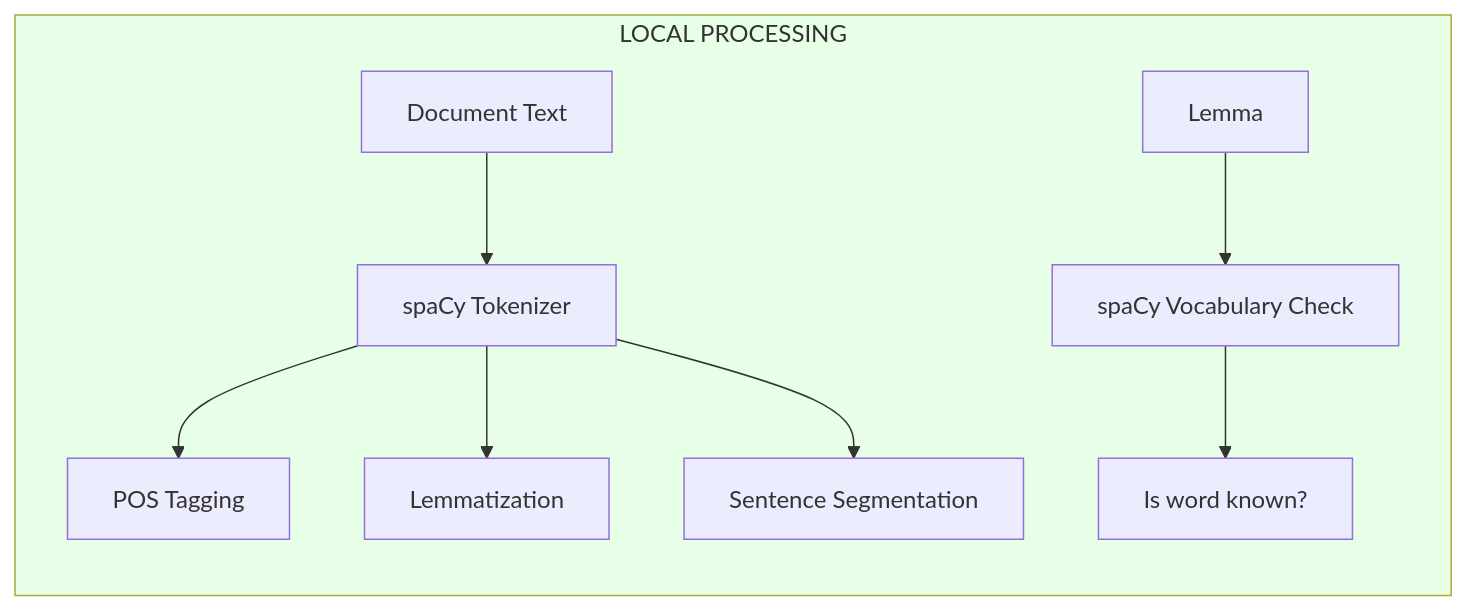
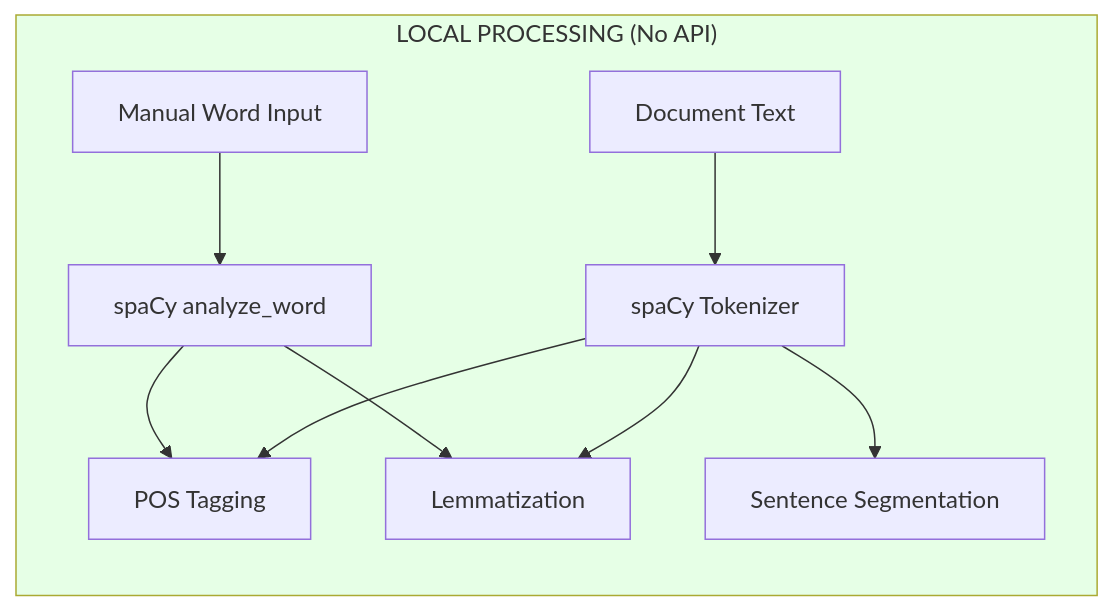
Before and after one commit to sapientpants/vocabext: the seventh of 9 diagrams in docs/llm-pipelines.md, drawn with Mermaid. The commit also changed other lines of this file and 6 other files, not shown here.

First line of the commit message:
feat: unify LLM pipeline with single API call per word

````diff
--- a/docs/llm-pipelines.md
+++ b/docs/llm-pipelines.md
@@ -414,14 +331,15 @@
 ```mermaid
 flowchart LR
-    subgraph LOCAL["LOCAL PROCESSING"]
+    subgraph LOCAL["LOCAL PROCESSING (No API)"]
         A[Document Text] --> B[spaCy Tokenizer]
         B --> C[POS Tagging]
         B --> D[Lemmatization]
         B --> E[Sentence Segmentation]
 
-        F[Lemma] --> G[spaCy Vocabulary Check]
-        G --> H[Is word known?]
+        F[Manual Word Input] --> G[spaCy analyze_word]
+        G --> C
+        G --> D
     end
 
     style LOCAL fill:#e6ffe6
 ```
````
